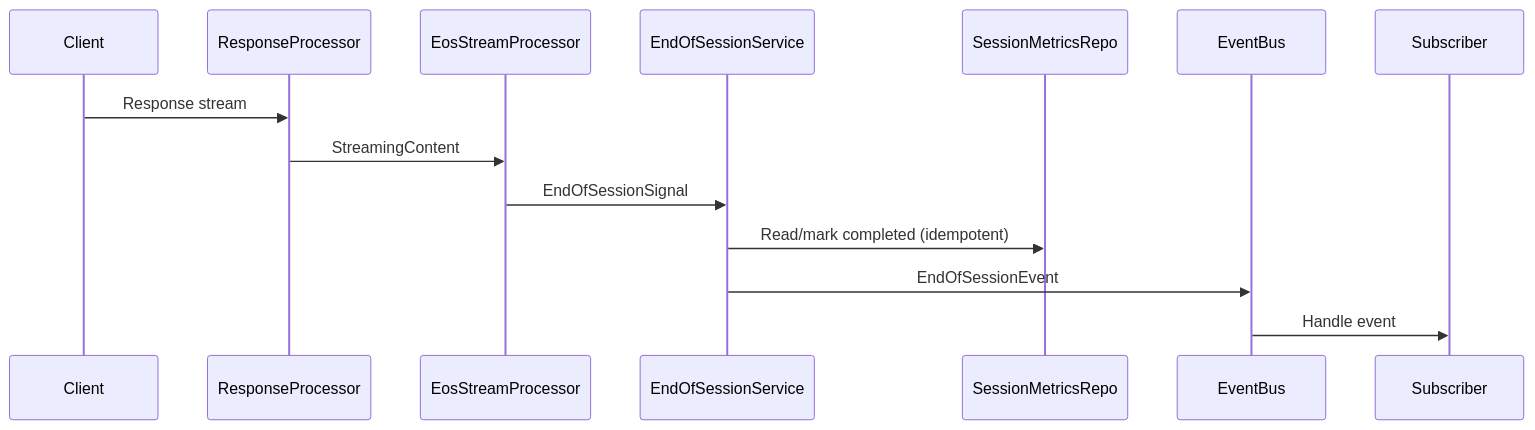
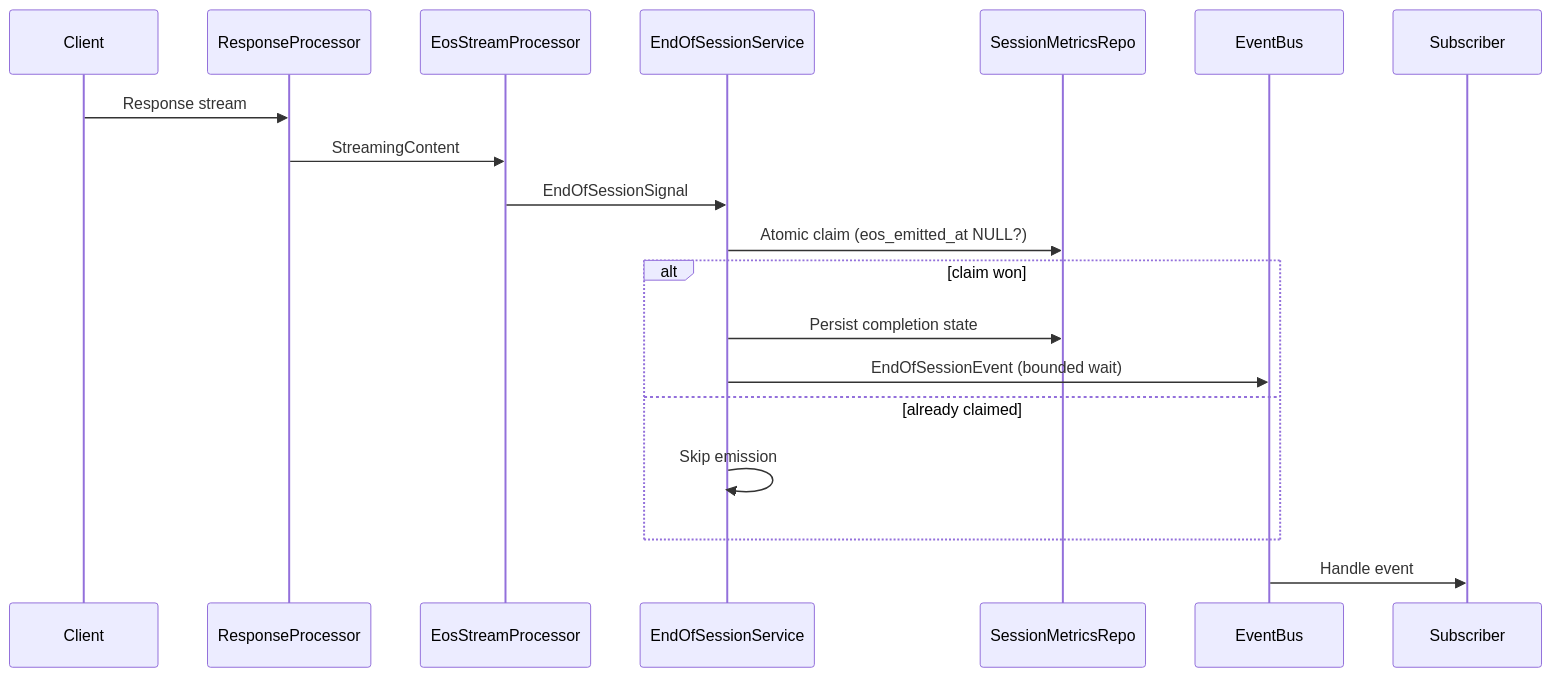
Before and after one commit to matdev83/llm-interactive-proxy: the second of 2 diagrams in .kiro/specs/end-of-session-events/design.md, drawn with Mermaid. The commit also changed other lines of this file and 2 other files, not shown here.

Commit message:
Mark end-of-session-events spec ready for implementation

````diff
--- a/.kiro/specs/end-of-session-events/design.md
+++ b/.kiro/specs/end-of-session-events/design.md
@@ -68,17 +68,22 @@
 ```mermaid
 sequenceDiagram
     participant Client
     participant ResponseProcessor
     participant EosStreamProcessor
     participant EndOfSessionService
     participant SessionMetricsRepo
     participant EventBus
     participant Subscriber
 
     Client ->> ResponseProcessor: Response stream
     ResponseProcessor ->> EosStreamProcessor: StreamingContent
     EosStreamProcessor ->> EndOfSessionService: EndOfSessionSignal
-    EndOfSessionService ->> SessionMetricsRepo: Read/mark completed (idempotent)
-    EndOfSessionService ->> EventBus: EndOfSessionEvent
+    EndOfSessionService ->> SessionMetricsRepo: Atomic claim (eos_emitted_at NULL?)
+    alt claim won
+        EndOfSessionService ->> SessionMetricsRepo: Persist completion state
+        EndOfSessionService ->> EventBus: EndOfSessionEvent (bounded wait)
+    else already claimed
+        EndOfSessionService ->> EndOfSessionService: Skip emission
+    end
     EventBus ->> Subscriber: Handle event
 ```
````
